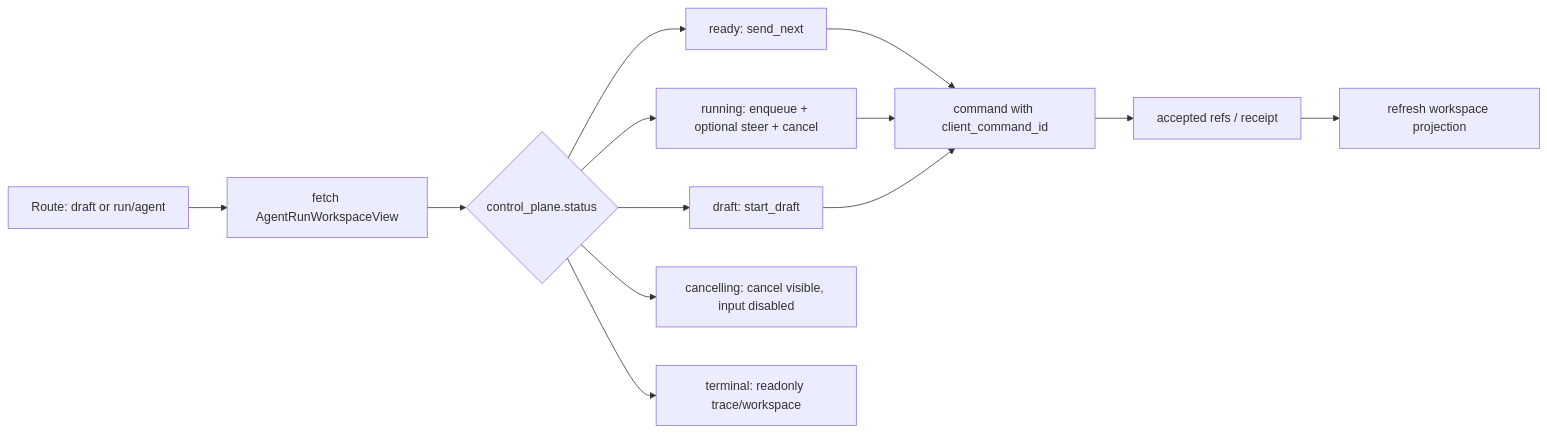
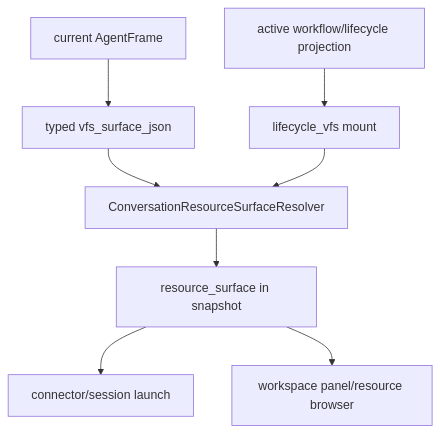
Before and after one commit to syan2018/AgentDash: the fifth of 5 diagrams in .trellis/tasks/06-12-agent-run-lifecycle-convergence/design.md, drawn with Mermaid. The commit also changed other lines of this file and 4 other files, not shown here.

First line of the commit message:
docs(trellis): 重建 AgentRun 会话体系规划

````diff
--- a/.trellis/tasks/06-12-agent-run-lifecycle-convergence/design.md
+++ b/.trellis/tasks/06-12-agent-run-lifecycle-convergence/design.md
@@ -209,15 +252,10 @@
 ```mermaid
-flowchart LR
-  Route["Route: draft or run/agent"] --> Fetch["fetch AgentRunWorkspaceView"]
-  Fetch --> State{"control_plane.status"}
-  State --> Draft["draft: start_draft"]
-  State --> Ready["ready: send_next"]
-  State --> Running["running: enqueue + optional steer + cancel"]
-  State --> Cancelling["cancelling: cancel visible, input disabled"]
-  State --> Terminal["terminal: readonly trace/workspace"]
-  Ready --> Command["command with client_command_id"]
-  Running --> Command
-  Draft --> Command
-  Command --> Receipt["accepted refs / receipt"]
-  Receipt --> Refresh["refresh workspace projection"]
+flowchart TD
+  Frame["current AgentFrame"] --> FrameVfs["typed vfs_surface_json"]
+  ActiveWorkflow["active workflow/lifecycle projection"] --> LifecycleMount["lifecycle_vfs mount"]
+  FrameVfs --> ResourceResolver["ConversationResourceSurfaceResolver"]
+  LifecycleMount --> ResourceResolver
+  ResourceResolver --> SurfaceView["resource_surface in snapshot"]
+  SurfaceView --> Agent["connector/session launch"]
+  SurfaceView --> Frontend["workspace panel/resource browser"]
 ```
````
